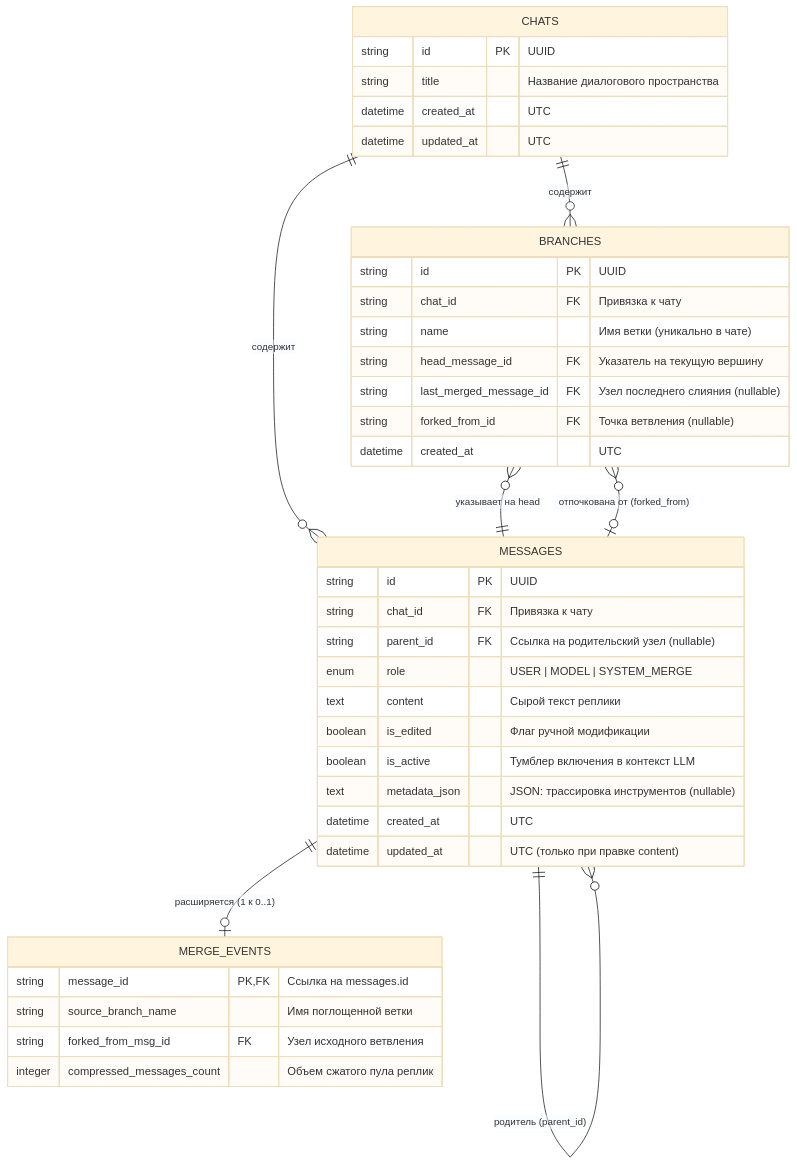
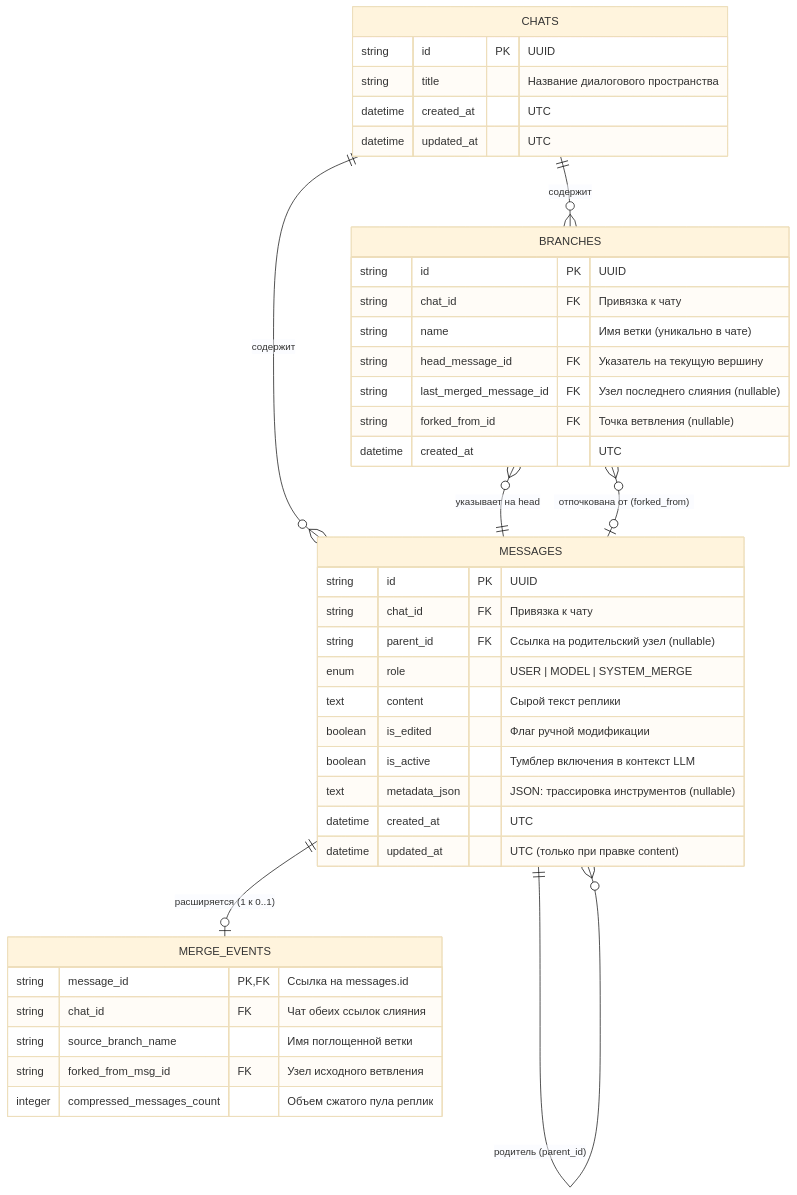
The first of 5 diagrams in docs/SPEC.md (Curr3ncyV01D/exocortex), drawn with Mermaid (base theme) before and after one commit. The commit also changed other lines of this file and 3 other files, not shown here.

Commit message:
docs: update architecture and spec docs with new rules and schema

````diff
--- a/docs/SPEC.md
+++ b/docs/SPEC.md
@@ -65,46 +65,47 @@
 ```mermaid
 erDiagram
     CHATS ||--o{ BRANCHES : "содержит"
     CHATS ||--o{ MESSAGES : "содержит"
     MESSAGES ||--o{ MESSAGES : "родитель (parent_id)"
     MESSAGES ||--o| MERGE_EVENTS : "расширяется (1 к 0..1)"
     BRANCHES }o--|| MESSAGES : "указывает на head"
     BRANCHES }o--o| MESSAGES : "отпочкована от (forked_from)"
 
     CHATS {
         string id PK "UUID"
         string title "Название диалогового пространства"
         datetime created_at "UTC"
         datetime updated_at "UTC"
     }
 
     BRANCHES {
         string id PK "UUID"
         string chat_id FK "Привязка к чату"
         string name "Имя ветки (уникально в чате)"
         string head_message_id FK "Указатель на текущую вершину"
         string last_merged_message_id FK "Узел последнего слияния (nullable)"
         string forked_from_id FK "Точка ветвления (nullable)"
         datetime created_at "UTC"
     }
 
     MESSAGES {
         string id PK "UUID"
         string chat_id FK "Привязка к чату"
         string parent_id FK "Ссылка на родительский узел (nullable)"
         enum role "USER | MODEL | SYSTEM_MERGE"
         text content "Сырой текст реплики"
         boolean is_edited "Флаг ручной модификации"
         boolean is_active "Тумблер включения в контекст LLM"
         text metadata_json "JSON: трассировка инструментов (nullable)"
         datetime created_at "UTC"
         datetime updated_at "UTC (только при правке content)"
     }
 
     MERGE_EVENTS {
         string message_id PK, FK "Ссылка на messages.id"
+        string chat_id FK "Чат обеих ссылок слияния"
         string source_branch_name "Имя поглощенной ветки"
         string forked_from_msg_id FK "Узел исходного ветвления"
         integer compressed_messages_count "Объем сжатого пула реплик"
     }
 ```
````
